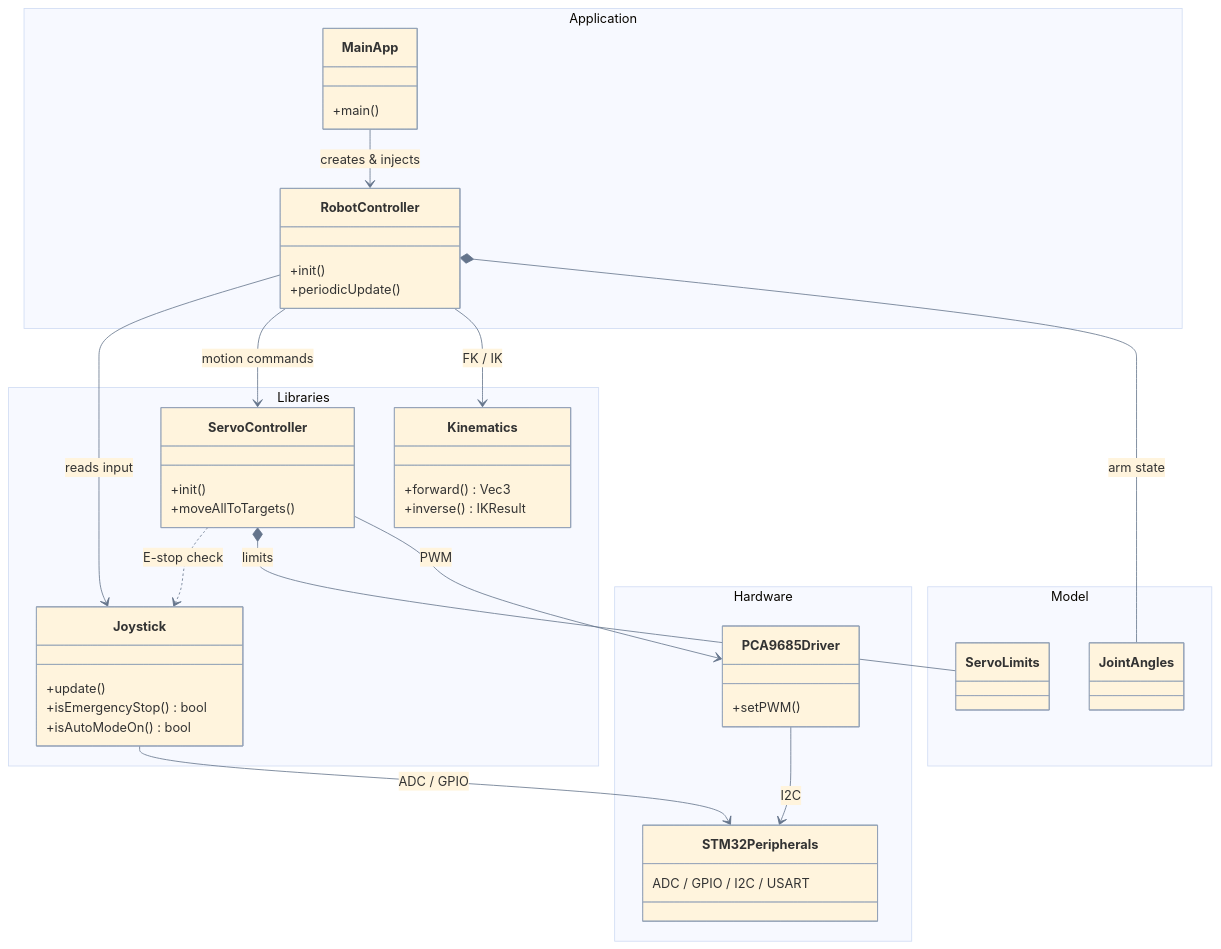
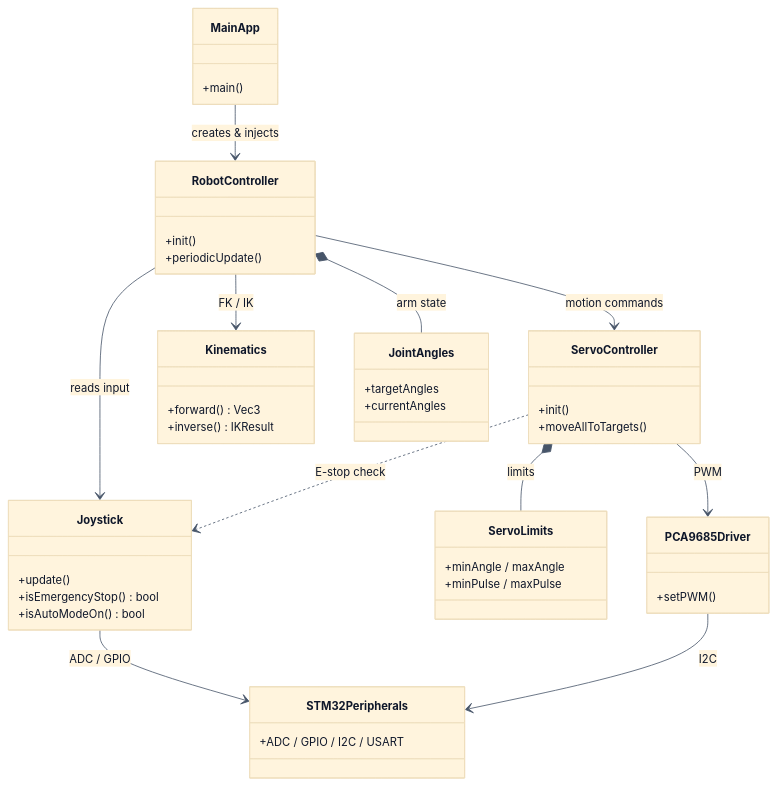
Before and after one commit to RegexCore/stm32-robot-arm-controller: the diagram in README.md, drawn with Mermaid. The commit also changed other lines of this file, not shown here.

Commit message:
Update class diagram in README to enhance clarity and organization of software architecture

````diff
--- a/README.md
+++ b/README.md
@@ -343,81 +345,76 @@
 ```mermaid
 %%{init: {
   "theme": "base",
   "themeVariables": {
-    "fontfamily": "Segoe UI, Helvetica, Arial, sans-serif",
-    "primaryBorderColor": "#94a3b8",
-    "lineColor": "#64748b"
+    "fontSize": "14px",
+    "lineColor": "#475569",
+    "primaryTextColor": "#0f172a"
   }
 }}%%
 classDiagram
 direction TB
 
-namespace Application {
-  class MainApp {
-    +main()
-  }
-  class RobotController {
-    +init()
-    +periodicUpdate()
-  }
+class MainApp {
+  +main()
 }
-
-namespace Libraries {
-  class Joystick {
-    +update()
-    +isEmergencyStop() bool
-    +isAutoModeOn() bool
-  }
-  class ServoController {
-    +init()
-    +moveAllToTargets()
-  }
-  class Kinematics {
-    +forward() Vec3
-    +inverse() IKResult
-  }
+class RobotController {
+  +init()
+  +periodicUpdate()
 }
-
-namespace Model {
-  class JointAngles
-  class ServoLimits
+class Joystick {
+  +update()
+  +isEmergencyStop() bool
+  +isAutoModeOn() bool
 }
-
-namespace Hardware {
-  class PCA9685Driver {
-    +setPWM()
-  }
-  class STM32Peripherals {
-    ADC / GPIO / I2C / USART
-  }
+class ServoController {
+  +init()
+  +moveAllToTargets()
+}
+class Kinematics {
+  +forward() Vec3
+  +inverse() IKResult
+}
+class JointAngles {
+  +targetAngles
+  +currentAngles
+}
+class ServoLimits {
+  +minAngle / maxAngle
+  +minPulse / maxPulse
+}
+class PCA9685Driver {
+  +setPWM()
+}
+class STM32Peripherals {
+  +ADC / GPIO / I2C / USART
 }
 
 MainApp --> RobotController : creates & injects
 
 RobotController --> Joystick : reads input
 RobotController --> ServoController : motion commands
 RobotController --> Kinematics : FK / IK
 RobotController *-- JointAngles : arm state
 
 ServoController ..> Joystick : E-stop check
 ServoController *-- ServoLimits : limits
 ServoController --> PCA9685Driver : PWM
 
 Joystick --> STM32Peripherals : ADC / GPIO
 PCA9685Driver --> STM32Peripherals : I2C
 
-classDef app    fill:#dbeafe,stroke:#2563eb,stroke-width:2px,color:#1e3a8a;
-classDef lib    fill:#dcfce7,stroke:#16a34a,stroke-width:2px,color:#14532d;
-classDef model  fill:#fef3c7,stroke:#d97706,stroke-width:2px,color:#78350f;
-classDef hw     fill:#f3e8ff,stroke:#9333ea,stroke-width:2px,color:#581c87;
+classDef app   fill:#dbeafe,stroke:#2563eb,stroke-width:2px,color:#1e3a8a;
+classDef lib   fill:#dcfce7,stroke:#16a34a,stroke-width:2px,color:#14532d;
+classDef model fill:#fef3c7,stroke:#d97706,stroke-width:2px,color:#78350f;
+classDef hw    fill:#ede9fe,stroke:#7c3aed,stroke-width:2px,color:#4c1d95;
 
 class MainApp:::app
 class RobotController:::app
 class Joystick:::lib
 class ServoController:::lib
 class Kinematics:::lib
 class JointAngles:::model
 class ServoLimits:::model
 class PCA9685Driver:::hw
 class STM32Peripherals:::hw
 ```
````
